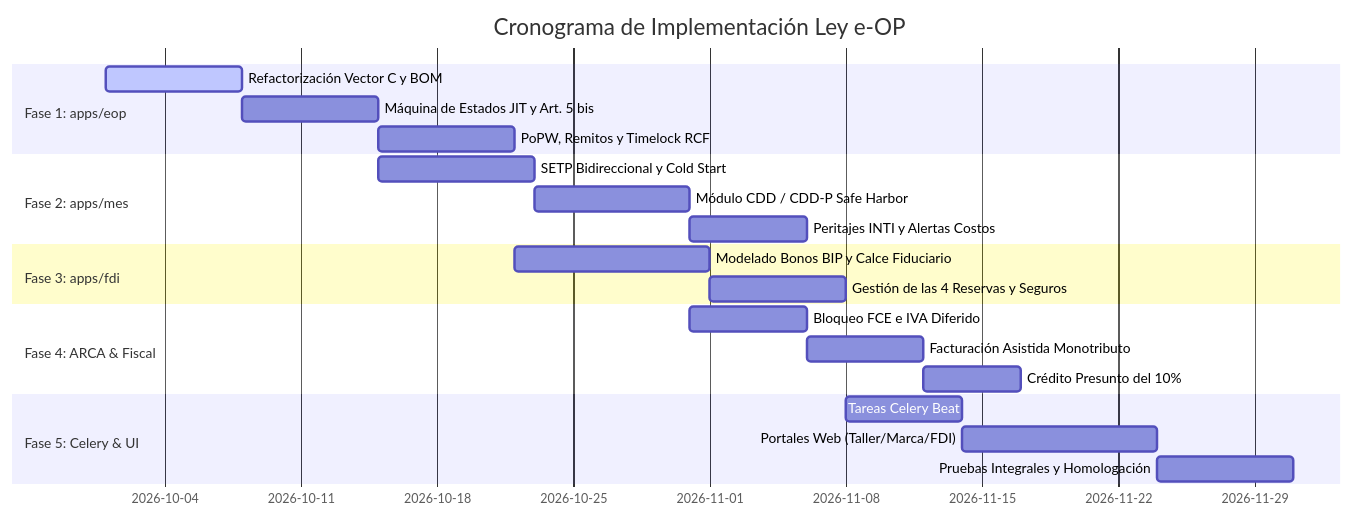
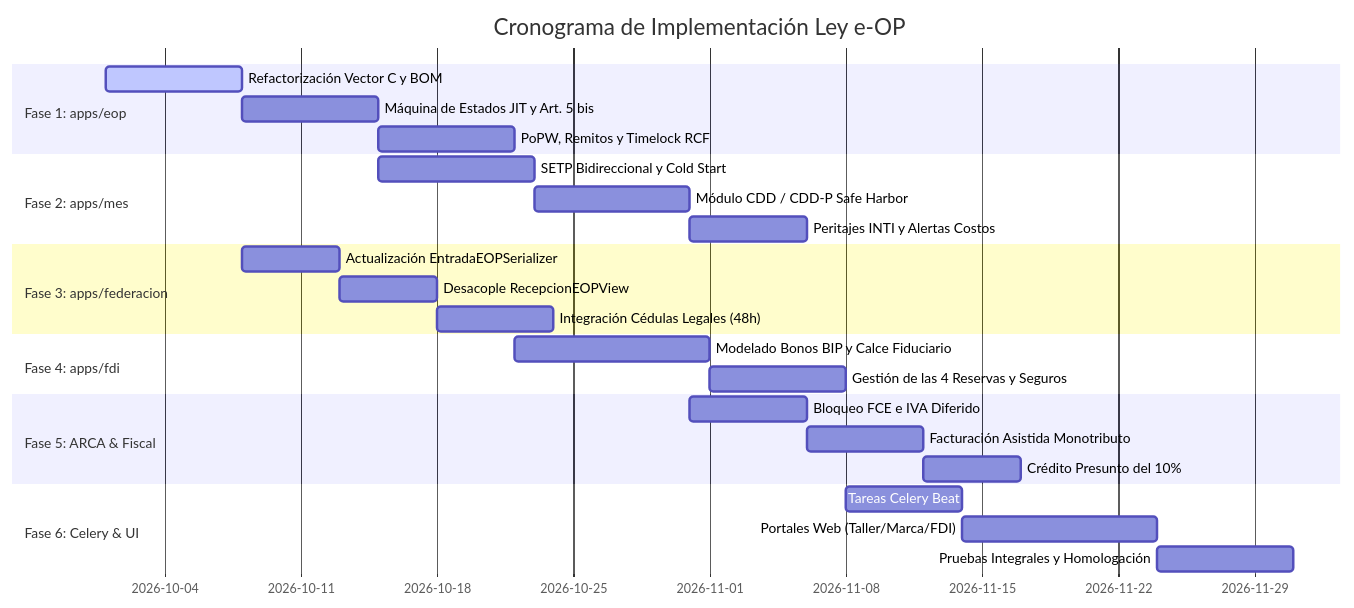
Before and after one commit to sarthouse/indinopy: the diagram in utils/plan_implementacion_ley_eop.md, drawn with Mermaid. The commit also changed other lines of this file, not shown here.

````diff
--- a/utils/plan_implementacion_ley_eop.md
+++ b/utils/plan_implementacion_ley_eop.md
@@ -466,24 +535,28 @@
 ```mermaid
 gantt
     title Cronograma de Implementación Ley e-OP
     dateFormat  YYYY-MM-DD
     section Fase 1: apps/eop
     Refactorización Vector C y BOM      :active, f1_1, 2026-10-01, 7d
     Máquina de Estados JIT y Art. 5 bis :f1_2, after f1_1, 7d
     PoPW, Remitos y Timelock RCF        :f1_3, after f1_2, 7d
     section Fase 2: apps/mes
     SETP Bidireccional y Cold Start     :f2_1, after f1_2, 8d
     Módulo CDD / CDD-P Safe Harbor      :f2_2, after f2_1, 8d
     Peritajes INTI y Alertas Costos     :f2_3, after f2_2, 6d
-    section Fase 3: apps/fdi
-    Modelado Bonos BIP y Calce Fiduciario :f3_1, after f1_3, 10d
-    Gestión de las 4 Reservas y Seguros  :f3_2, after f3_1, 7d
-    section Fase 4: ARCA & Fiscal
-    Bloqueo FCE e IVA Diferido          :f4_1, after f2_2, 6d
-    Facturación Asistida Monotributo    :f4_2, after f4_1, 6d
-    Crédito Presunto del 10%            :f4_3, after f4_2, 5d
-    section Fase 5: Celery & UI
-    Tareas Celery Beat                  :f5_1, after f3_2, 6d
-    Portales Web (Taller/Marca/FDI)     :f5_2, after f5_1, 10d
-    Pruebas Integrales y Homologación   :f5_3, after f5_2, 7d
+    section Fase 3: apps/federacion
+    Actualización EntradaEOPSerializer  :f3_1, after f1_1, 5d
+    Desacople RecepcionEOPView          :f3_2, after f3_1, 5d
+    Integración Cédulas Legales (48h)   :f3_3, after f3_2, 6d
+    section Fase 4: apps/fdi
+    Modelado Bonos BIP y Calce Fiduciario :f4_1, after f1_3, 10d
+    Gestión de las 4 Reservas y Seguros  :f4_2, after f4_1, 7d
+    section Fase 5: ARCA & Fiscal
+    Bloqueo FCE e IVA Diferido          :f5_1, after f2_2, 6d
+    Facturación Asistida Monotributo    :f5_2, after f5_1, 6d
+    Crédito Presunto del 10%            :f5_3, after f5_2, 5d
+    section Fase 6: Celery & UI
+    Tareas Celery Beat                  :f6_1, after f4_2, 6d
+    Portales Web (Taller/Marca/FDI)     :f6_2, after f6_1, 10d
+    Pruebas Integrales y Homologación   :f6_3, after f6_2, 7d
 ```
````
